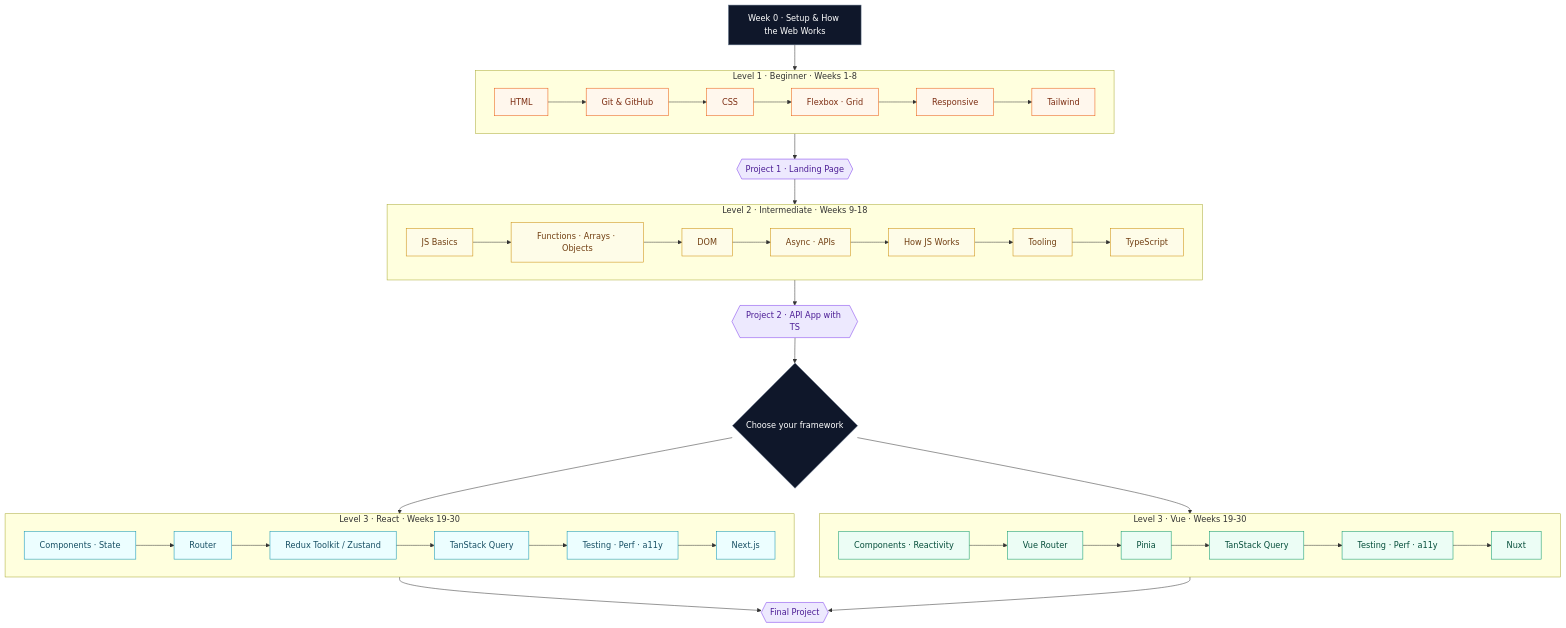
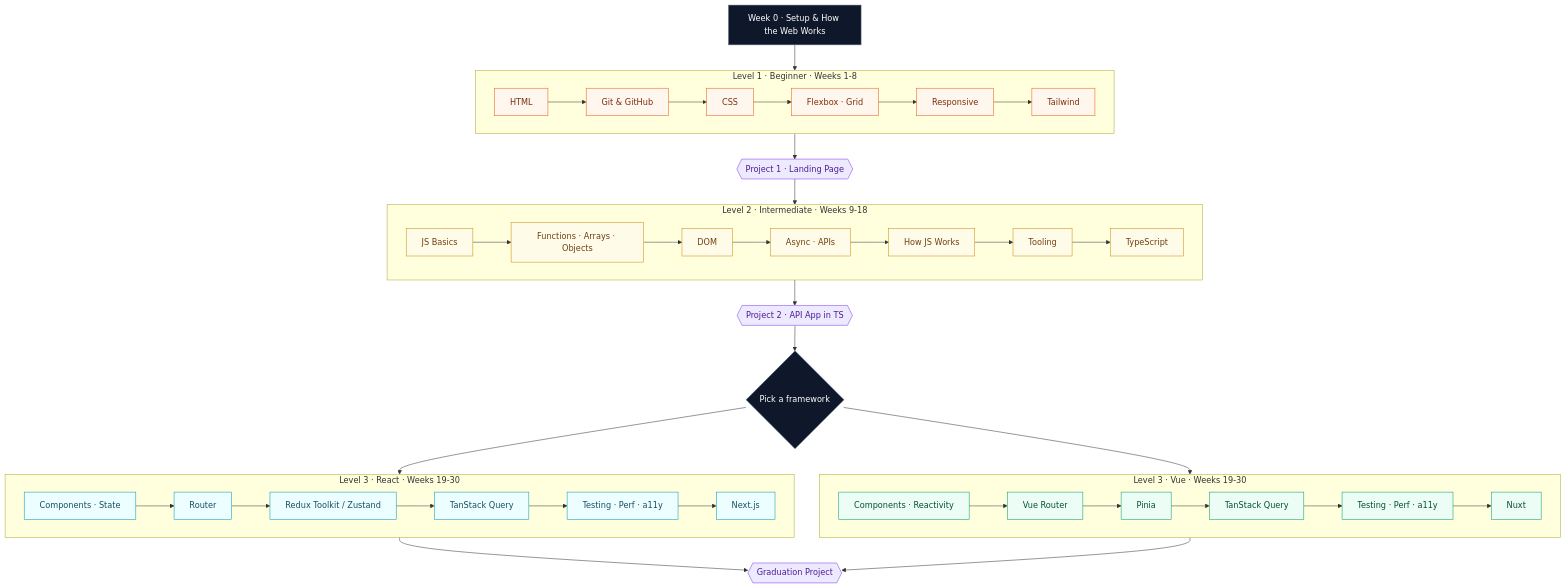
Before and after one commit to ameenmv/frontend-roadmap-2026-2027: the first of 2 diagrams in README.md, drawn with Mermaid. The commit also changed other lines of this file and 6 other files, not shown here.

First line of the commit message:
Rewrite roadmap in English with week cards, animations, tracker, and resources hub

````diff
--- a/README.md
+++ b/README.md
@@ -49,49 +52,49 @@
 ```mermaid
 flowchart TD
     W0["Week 0 · Setup & How the Web Works"] --> B
 
     subgraph B["Level 1 · Beginner · Weeks 1-8"]
         direction LR
         B1["HTML"] --> B2["Git & GitHub"] --> B3["CSS"] --> B4["Flexbox · Grid"] --> B5["Responsive"] --> B6["Tailwind"]
     end
 
     B --> BP{{"Project 1 · Landing Page"}}
     BP --> I
 
     subgraph I["Level 2 · Intermediate · Weeks 9-18"]
         direction LR
         I1["JS Basics"] --> I2["Functions · Arrays · Objects"] --> I3["DOM"] --> I4["Async · APIs"] --> I5["How JS Works"] --> I6["Tooling"] --> I7["TypeScript"]
     end
 
-    I --> IP{{"Project 2 · API App with TS"}}
-    IP --> CHOOSE{"Choose your framework"}
+    I --> IP{{"Project 2 · API App in TS"}}
+    IP --> CHOOSE{"Pick a framework"}
 
     CHOOSE --> R
     CHOOSE --> V
 
     subgraph R["Level 3 · React · Weeks 19-30"]
         direction LR
         R1["Components · State"] --> R2["Router"] --> R3["Redux Toolkit / Zustand"] --> R4["TanStack Query"] --> R5["Testing · Perf · a11y"] --> R6["Next.js"]
     end
 
     subgraph V["Level 3 · Vue · Weeks 19-30"]
         direction LR
         V1["Components · Reactivity"] --> V2["Vue Router"] --> V3["Pinia"] --> V4["TanStack Query"] --> V5["Testing · Perf · a11y"] --> V6["Nuxt"]
     end
 
-    R --> F{{"Final Project"}}
+    R --> F{{"Graduation Project"}}
     V --> F
 
     classDef zero fill:#0f172a,stroke:#64748b,color:#ffffff
     classDef beg fill:#fff7ed,stroke:#ea580c,color:#7c2d12
     classDef mid fill:#fefce8,stroke:#ca8a04,color:#713f12
     classDef react fill:#ecfeff,stroke:#0891b2,color:#164e63
     classDef vue fill:#ecfdf5,stroke:#059669,color:#064e3b
     classDef proj fill:#ede9fe,stroke:#7c3aed,color:#4c1d95
     class W0,CHOOSE zero
     class B1,B2,B3,B4,B5,B6 beg
     class I1,I2,I3,I4,I5,I6,I7 mid
     class R1,R2,R3,R4,R5,R6 react
     class V1,V2,V3,V4,V5,V6 vue
     class BP,IP,F proj
 ```
````
